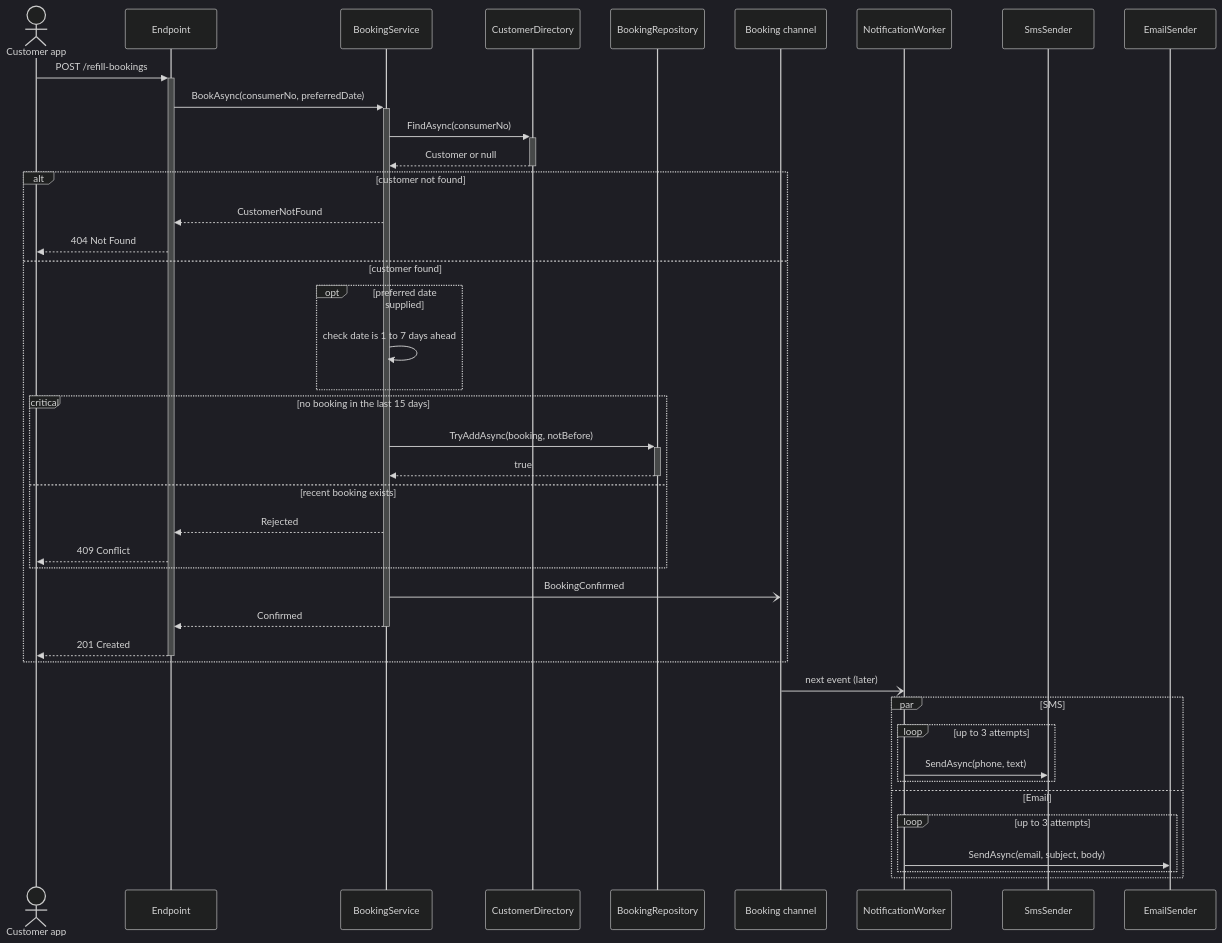
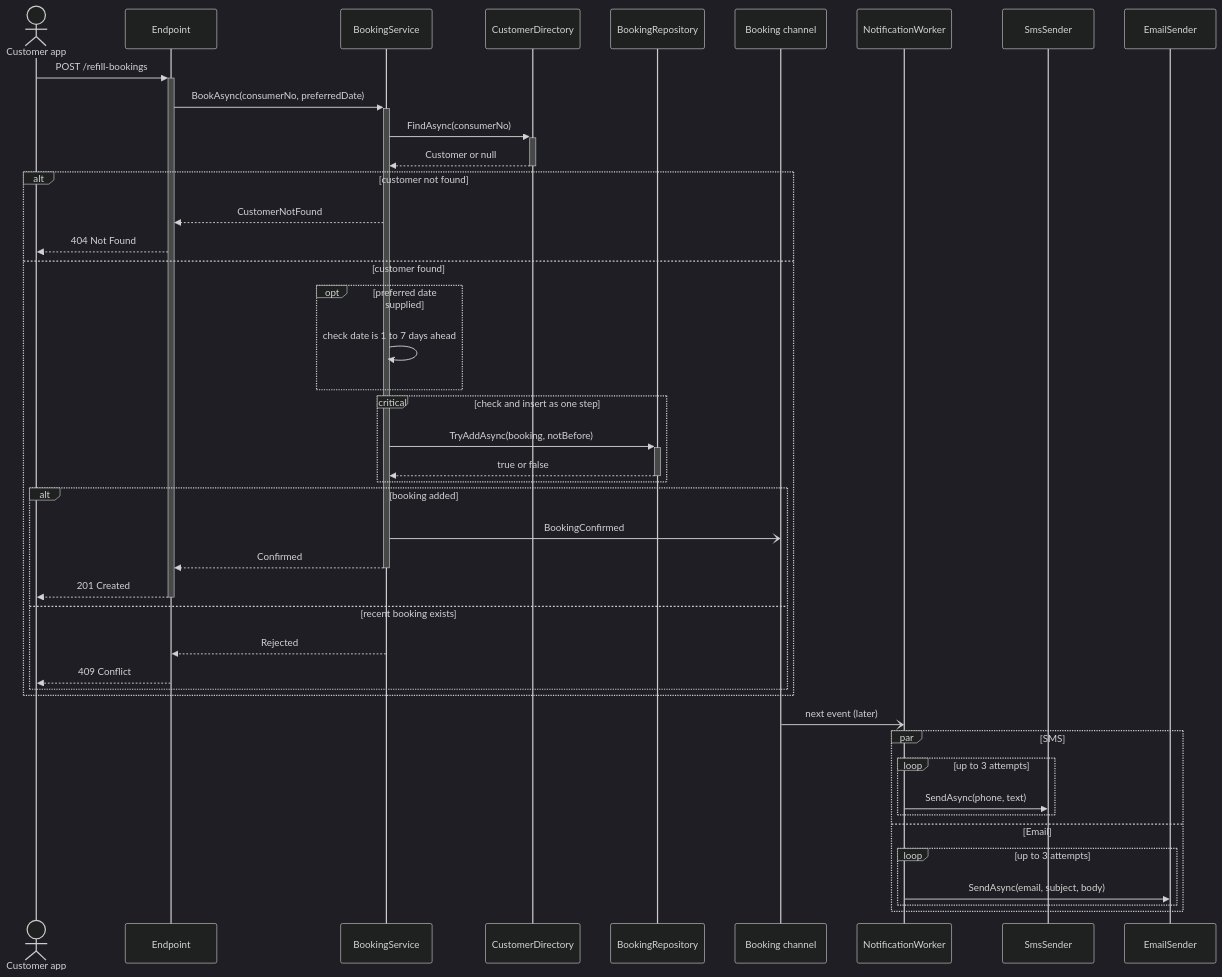
One commit to rizwi0786/system-design-lab changed the third of 9 diagrams in content/lessons/m05/m05-sequence-diagrams.md. Above: the diagram before and after it, drawn with Mermaid (dark theme). The commit also changed other lines of this file and 334 other files, not shown here.

````diff
--- a/content/lessons/m05/m05-sequence-diagrams.md
+++ b/content/lessons/m05/m05-sequence-diagrams.md
@@ -348,44 +348,46 @@
 ```mermaid
 sequenceDiagram
     actor C as Customer app
     participant E as Endpoint
     participant S as BookingService
     participant Dir as CustomerDirectory
     participant Repo as BookingRepository
     participant Q as Booking channel
     participant W as NotificationWorker
     participant SMS as SmsSender
     participant Mail as EmailSender
     C->>+E: POST /refill-bookings
     E->>+S: BookAsync(consumerNo, preferredDate)
     S->>+Dir: FindAsync(consumerNo)
     Dir-->>-S: Customer or null
     alt customer not found
         S-->>E: CustomerNotFound
         E-->>C: 404 Not Found
     else customer found
         opt preferred date supplied
             S->>S: check date is 1 to 7 days ahead
         end
-        critical no booking in the last 15 days
+        critical check and insert as one step
             S->>+Repo: TryAddAsync(booking, notBefore)
-            Repo-->>-S: true
-        option recent booking exists
+            Repo-->>-S: true or false
+        end
+        alt booking added
+            S-)Q: BookingConfirmed
+            S-->>-E: Confirmed
+            E-->>-C: 201 Created
+        else recent booking exists
             S-->>E: Rejected
             E-->>C: 409 Conflict
         end
-        S-)Q: BookingConfirmed
-        S-->>-E: Confirmed
-        E-->>-C: 201 Created
     end
     Q-)W: next event (later)
     par SMS
         loop up to 3 attempts
             W->>SMS: SendAsync(phone, text)
         end
     and Email
         loop up to 3 attempts
             W->>Mail: SendAsync(email, subject, body)
         end
     end
 ```
````
